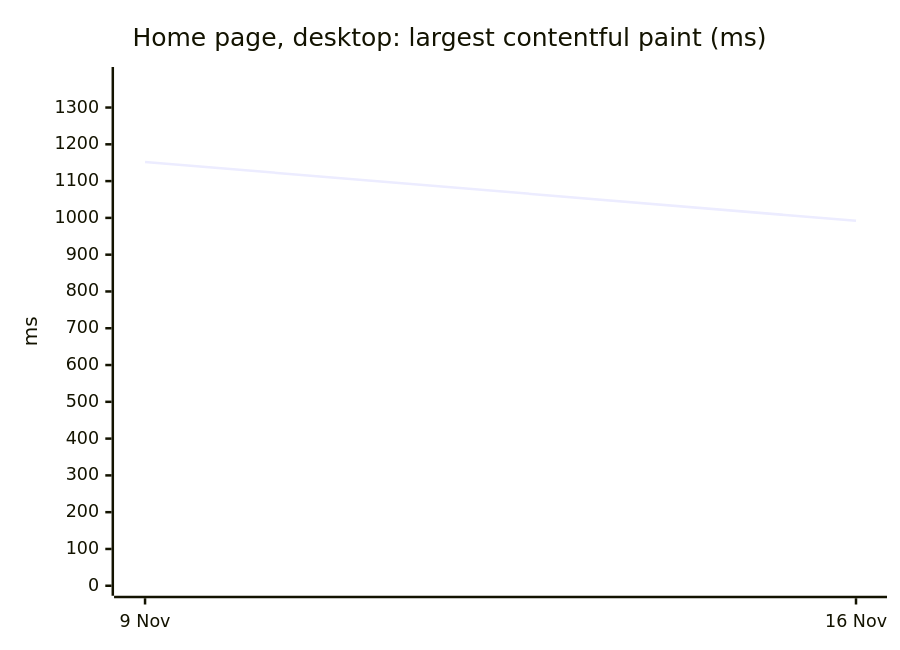
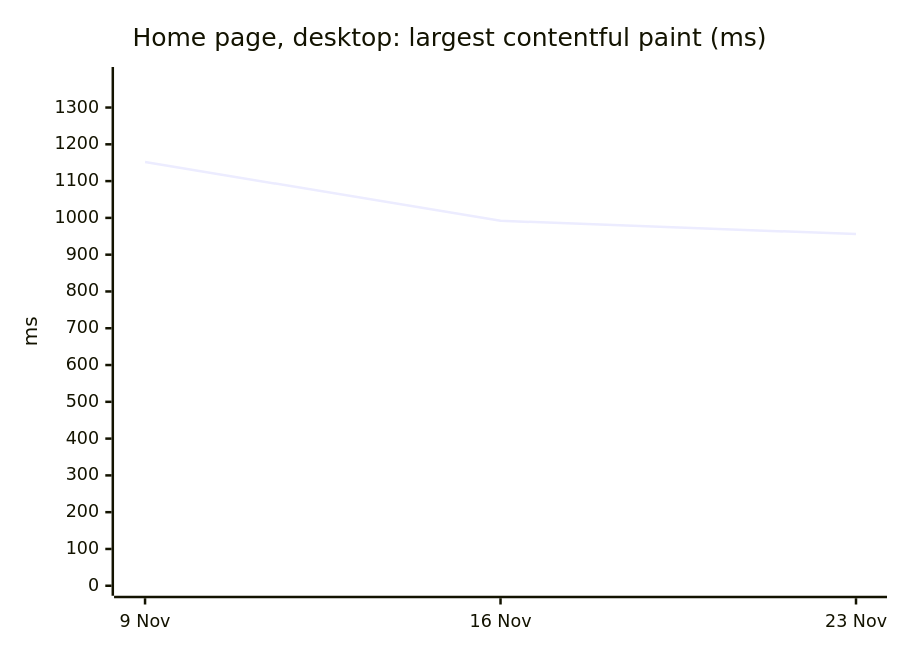
Before and after one commit to chiragdev1/ckauth: the second of 5 diagrams in README.md, drawn with Mermaid. The commit also changed other lines of this file and 1 other file, not shown here.

````diff
--- a/README.md
+++ b/README.md
@@ -47,7 +47,7 @@
 ```mermaid
 xychart-beta
   title "Home page, desktop: largest contentful paint (ms)"
-  x-axis ["9 Nov", "16 Nov"]
+  x-axis ["9 Nov", "16 Nov", "23 Nov"]
   y-axis "ms" 0 --> 1383
-  line [1152, 992]
+  line [1152, 992, 956]
 ```
````
